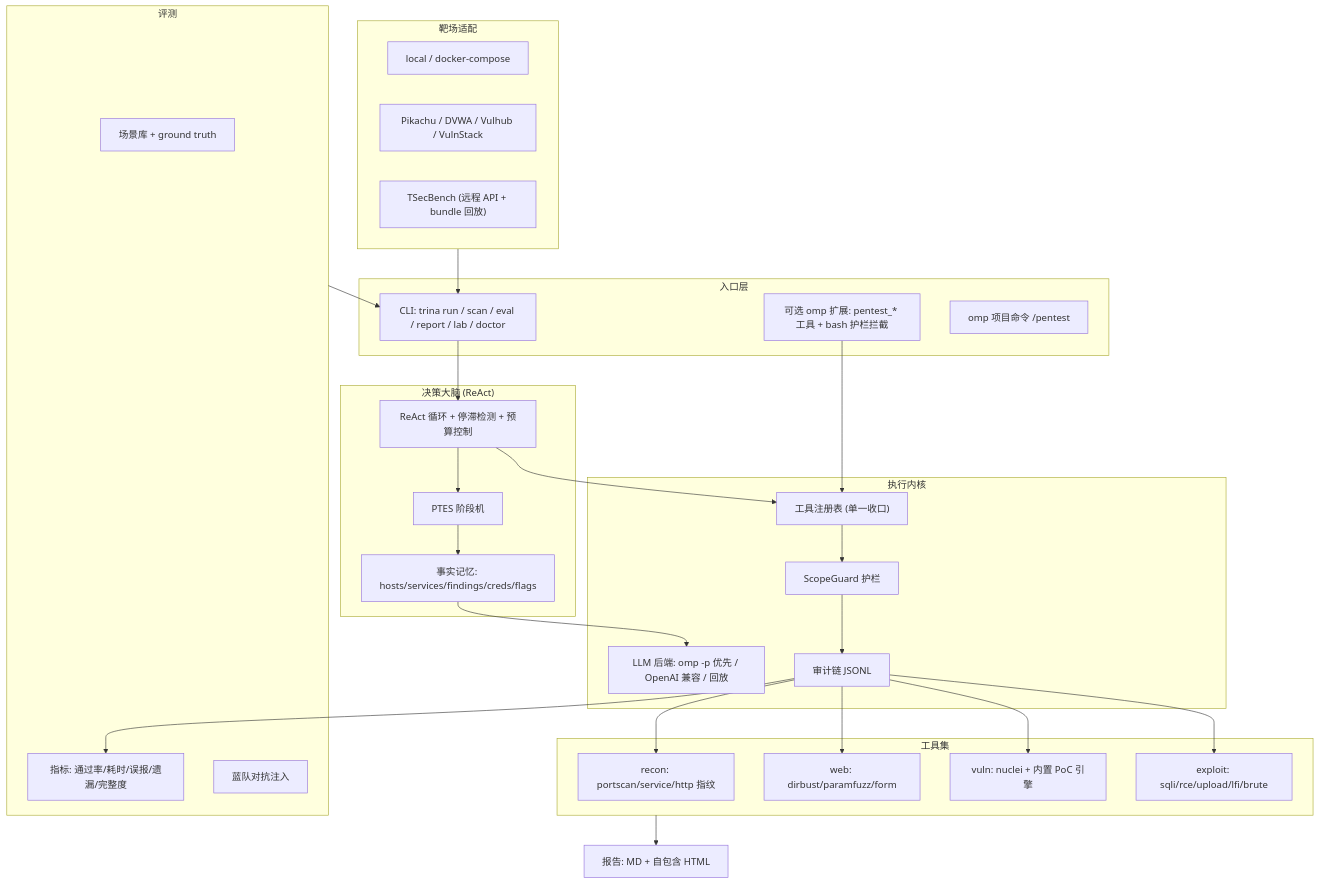
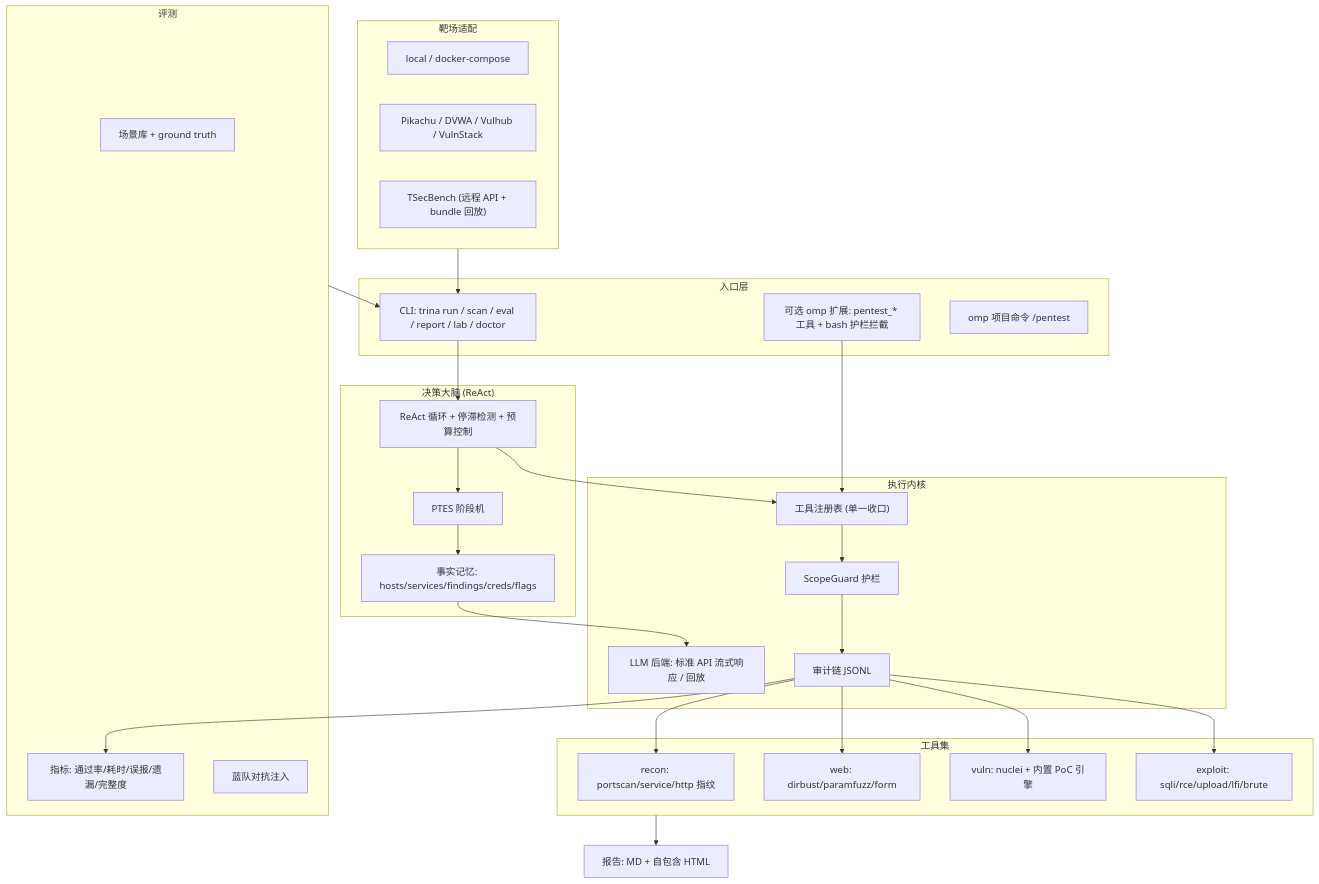
Before and after one commit to YHalo-wyh/Trina: the diagram in docs/PLAN.md, drawn with Mermaid. The commit also changed other lines of this file and 75 other files, not shown here.

````diff
--- a/docs/PLAN.md
+++ b/docs/PLAN.md
@@ -30,46 +30,46 @@
 ```mermaid
 flowchart TB
     subgraph UI["入口层"]
         CLI["CLI: trina run / scan / eval / report / lab / doctor"]
         OMPEXT["可选 omp 扩展: pentest_* 工具 + bash 护栏拦截"]
         OMPCMD["omp 项目命令 /pentest"]
     end
     subgraph BRAIN["决策大脑 (ReAct)"]
         REACT["ReAct 循环 + 停滞检测 + 预算控制"]
         PHASE["PTES 阶段机"]
         MEM["事实记忆: hosts/services/findings/creds/flags"]
     end
     subgraph CORE["执行内核"]
-        LLM["LLM 后端: omp -p 优先 / OpenAI 兼容 / 回放"]
+        LLM["LLM 后端: 标准 API 流式响应 / 回放"]
         REG["工具注册表 (单一收口)"]
         GUARD["ScopeGuard 护栏"]
         AUDIT["审计链 JSONL"]
     end
     subgraph TOOLS["工具集"]
         T1["recon: portscan/service/http 指纹"]
         T2["web: dirbust/paramfuzz/form"]
         T3["vuln: nuclei + 内置 PoC 引擎"]
         T4["exploit: sqli/rce/upload/lfi/brute"]
     end
     subgraph ADAPT["靶场适配"]
         A1["local / docker-compose"]
         A2["Pikachu / DVWA / Vulhub / VulnStack"]
         A3["TSecBench (远程 API + bundle 回放)"]
     end
     subgraph EVAL["评测"]
         E1["场景库 + ground truth"]
         E2["指标: 通过率/耗时/误报/遗漏/完整度"]
         E3["蓝队对抗注入"]
     end
     OUT["报告: MD + 自包含 HTML"]
 
     CLI --> REACT
     OMPEXT --> REG
     REACT --> PHASE --> MEM --> LLM
     REACT --> REG
     REG --> GUARD --> AUDIT --> T1 & T2 & T3 & T4
     ADAPT --> CLI
     TOOLS --> OUT
     AUDIT --> E2
     EVAL --> CLI
 ```
````
